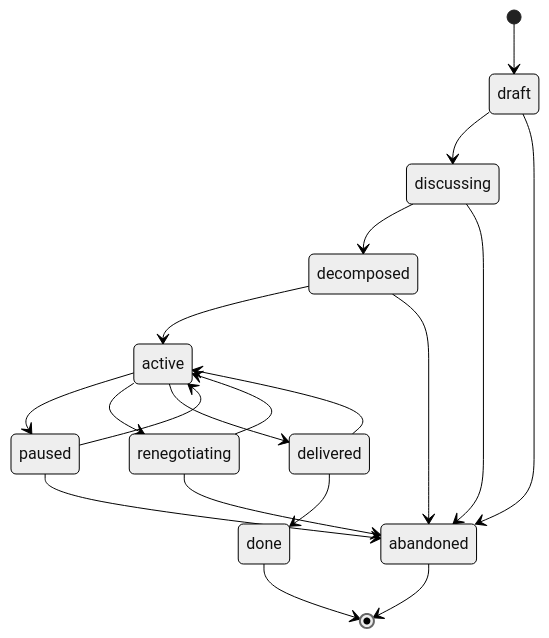
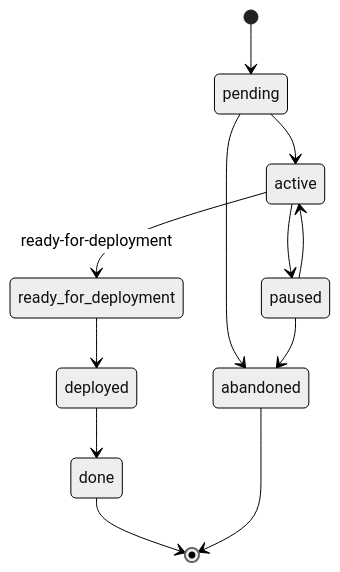
One commit to ecarrizo2/spec-driven-development-boilerplate changed the first of 6 diagrams in user-development/STATUS-REFERENCE.md. Above: the diagram before and after it, drawn with Mermaid (neutral theme). The commit also changed other lines of this file and 58 other files, not shown here.

````diff
--- a/user-development/STATUS-REFERENCE.md
+++ b/user-development/STATUS-REFERENCE.md
@@ -36,21 +38,14 @@
 ```mermaid
 stateDiagram-v2
-    [*] --> draft
-    draft --> discussing
-    draft --> abandoned
-    discussing --> decomposed
-    discussing --> abandoned
-    decomposed --> active
-    decomposed --> abandoned
+    [*] --> pending
+    pending --> active
+    pending --> abandoned
     active --> paused
-    active --> renegotiating
-    active --> delivered
+    active --> ready_for_deployment : ready-for-deployment
     paused --> active
     paused --> abandoned
-    renegotiating --> active
-    renegotiating --> abandoned
-    delivered --> done
-    delivered --> active
+    ready_for_deployment --> deployed
+    deployed --> done
     done --> [*]
     abandoned --> [*]
 ```
````
